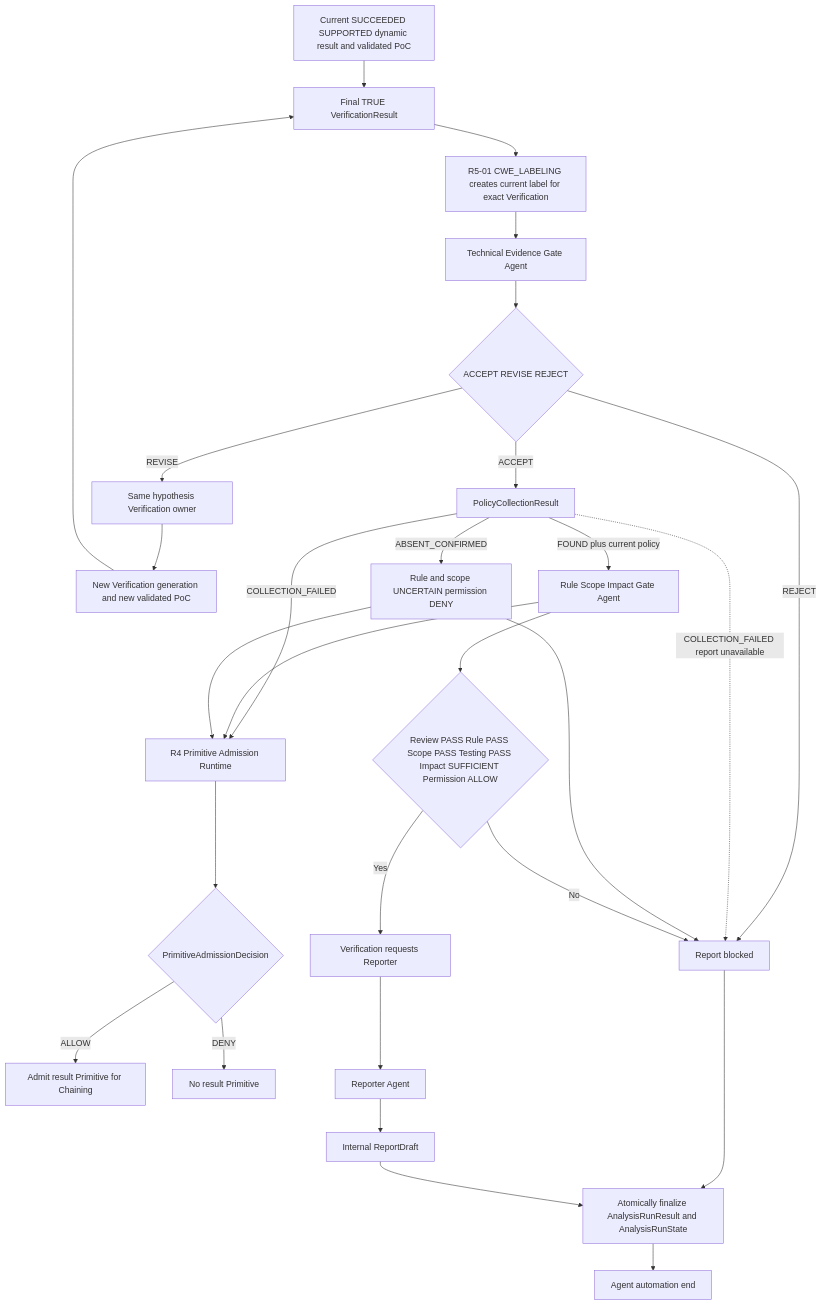
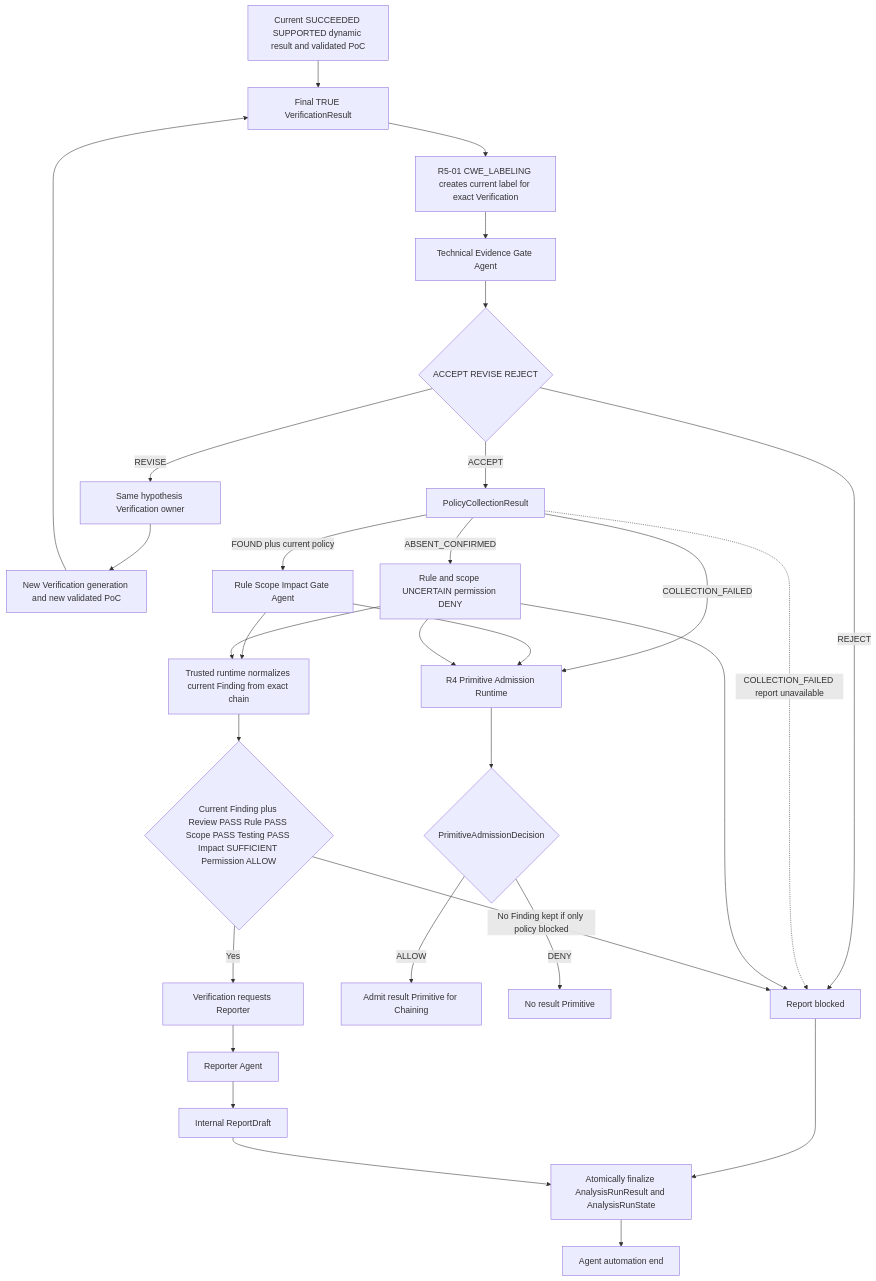
The sixth of 13 diagrams in docs/architecture-v5/13-architecture-diagrams.md (SASTsimi/sastsimi), drawn with Mermaid before and after one commit. The commit also changed other lines of this file and 19 other files, not shown here.

````diff
--- a/docs/architecture-v5/13-architecture-diagrams.md
+++ b/docs/architecture-v5/13-architecture-diagrams.md
@@ -254,30 +254,32 @@
 ```mermaid
 flowchart TB
     DYN[Current SUCCEEDED SUPPORTED dynamic result and validated PoC] --> VR[Final TRUE VerificationResult]
     VR --> CWE[R5-01 CWE_LABELING creates current label for exact Verification]
     CWE --> TECH[Technical Evidence Gate Agent]
     TECH --> TS{ACCEPT REVISE REJECT}
     TS -->|REVISE| BACK[Same hypothesis Verification owner]
     BACK --> NEWGEN[New Verification generation and new validated PoC]
     NEWGEN --> VR
     TS -->|REJECT| BLOCK[Report blocked]
     TS -->|ACCEPT| COLLECT[PolicyCollectionResult]
     COLLECT -->|FOUND plus current policy| RULE[Rule Scope Impact Gate Agent]
     COLLECT -->|ABSENT_CONFIRMED| UNCERTAIN[Rule and scope UNCERTAIN permission DENY]
     COLLECT -->|COLLECTION_FAILED| ARUN[R4 Primitive Admission Runtime]
     RULE --> ARUN
     UNCERTAIN --> ARUN
     ARUN --> ADEC{PrimitiveAdmissionDecision}
     ADEC -->|ALLOW| PRIMITIVE[Admit result Primitive for Chaining]
     ADEC -->|DENY| NOPRIMITIVE[No result Primitive]
     COLLECT -. COLLECTION_FAILED report unavailable .-> BLOCK
     UNCERTAIN --> BLOCK
-    RULE --> READY{Review PASS Rule PASS Scope PASS Testing PASS Impact SUFFICIENT Permission ALLOW}
-    READY -->|No| BLOCK
+    RULE --> NORMF[Trusted runtime normalizes current Finding from exact chain]
+    UNCERTAIN --> NORMF
+    NORMF --> READY{Current Finding plus Review PASS Rule PASS Scope PASS Testing PASS Impact SUFFICIENT Permission ALLOW}
+    READY -->|No Finding kept if only policy blocked| BLOCK
     READY -->|Yes| RREQ[Verification requests Reporter]
     RREQ --> REPORTER[Reporter Agent]
     REPORTER --> DRAFT[Internal ReportDraft]
     BLOCK --> FINAL[Atomically finalize AnalysisRunResult and AnalysisRunState]
     DRAFT --> FINAL
     FINAL --> END[Agent automation end]
 ```
````
